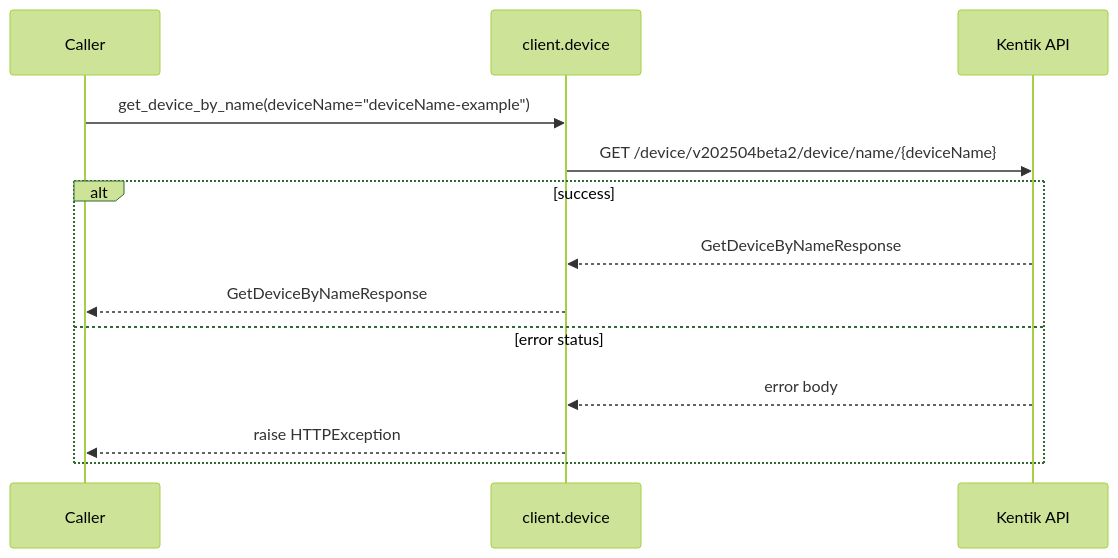
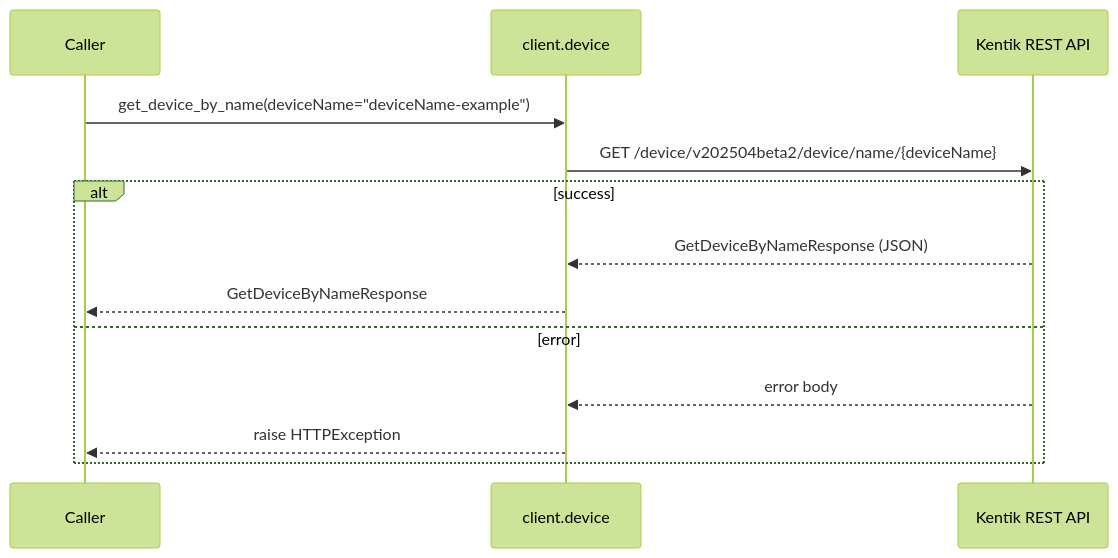
One commit to alexdearaujo/community_sdk_python changed diagram 12 of 22 in docs/sphinx/services/device.md. Above: the diagram before and after it, drawn with Mermaid (forest theme). The commit also changed other lines of this file and 61 other files, not shown here.

````diff
--- a/docs/sphinx/services/device.md
+++ b/docs/sphinx/services/device.md
@@ -282,16 +409,16 @@
 ```mermaid
 sequenceDiagram
     participant C as Caller
     participant W as client.device
-    participant API as Kentik API
+    participant API as Kentik REST API
 
     C->>W: get_device_by_name(deviceName="deviceName-example")
     W->>API: GET /device/v202504beta2/device/name/{deviceName}
     alt success
-        API-->>W: GetDeviceByNameResponse
+        API-->>W: GetDeviceByNameResponse (JSON)
         W-->>C: GetDeviceByNameResponse
-    else error status
+    else error
         API-->>W: error body
         W-->>C: raise HTTPException
     end
 ```
````
